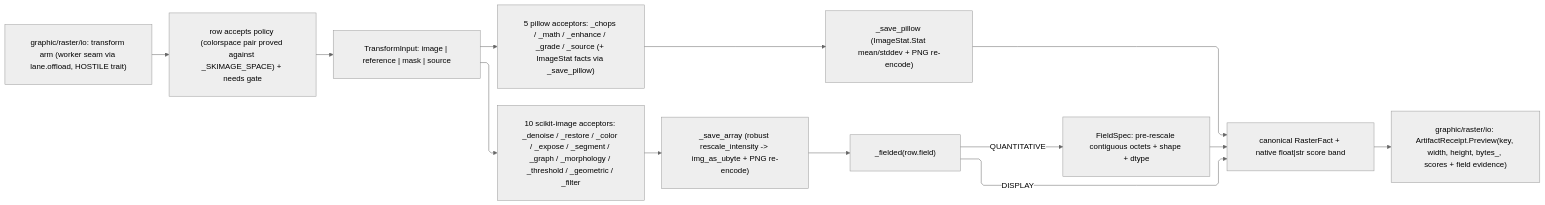
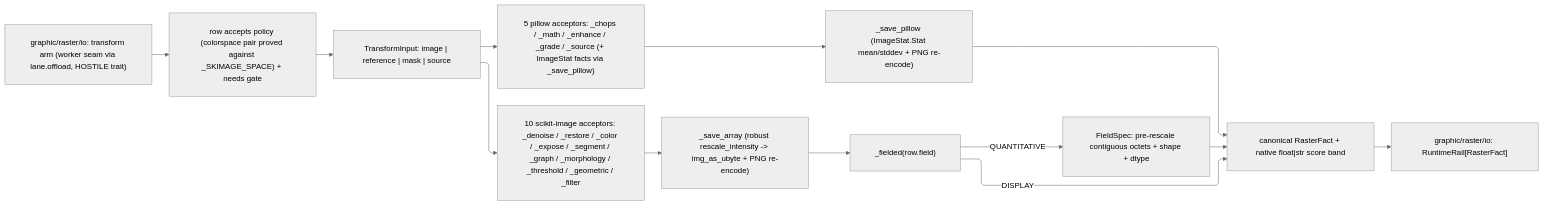
Before and after one commit to bsamiee/Rasm: the diagram in libs/python/artifacts/.planning/graphic/raster/process.md, drawn with Mermaid (neutral theme). The commit also changed other lines of this file and 1417 other files, not shown here.

````diff
--- a/libs/python/artifacts/.planning/graphic/raster/process.md
+++ b/libs/python/artifacts/.planning/graphic/raster/process.md
@@ -1072,24 +1072,24 @@
 ```mermaid
 ---
 config:
   layout: elk
   flowchart:
     curve: linear
     padding: 25
 ---
 flowchart LR
     accTitle: Raster transform flow
     accDescr: The io transform arm crossing the worker seam, row acceptance under policy and the needs gate, TransformInput dispatch across the pillow and scikit-image acceptors, the field-law split at the array save, and the canonical RasterFact egress.
     Tx["graphic/raster/io: transform arm (worker seam via lane.offload, HOSTILE trait)"] --> Table["row accepts policy (colorspace pair proved against _SKIMAGE_SPACE) + needs gate"]
     Table --> Input["TransformInput: image | reference | mask | source"]
     Input --> Pil["5 pillow acceptors: _chops / _math / _enhance / _grade / _source (+ ImageStat facts via _save_pillow)"]
     Input --> Ski["10 scikit-image acceptors: _denoise / _restore / _color / _expose / _segment / _graph / _morphology / _threshold / _geometric / _filter"]
     Pil --> SaveP["_save_pillow (ImageStat.Stat mean/stddev + PNG re-encode)"]
     Ski --> SaveA["_save_array (robust rescale_intensity -> img_as_ubyte + PNG re-encode)"]
     SaveA --> Law["_fielded(row.field)"]
     Law -->|"DISPLAY"| Fact
     Law -->|"QUANTITATIVE"| Field["FieldSpec: pre-rescale contiguous octets + shape + dtype"]
     Field --> Fact
     SaveP --> Fact["canonical RasterFact + native float|str score band"]
-    Fact --> Receipt["graphic/raster/io: ArtifactReceipt.Preview(key, width, height, bytes_, scores + field evidence)"]
+    Fact --> Rail["graphic/raster/io: RuntimeRail[RasterFact]"]
 ```
````
